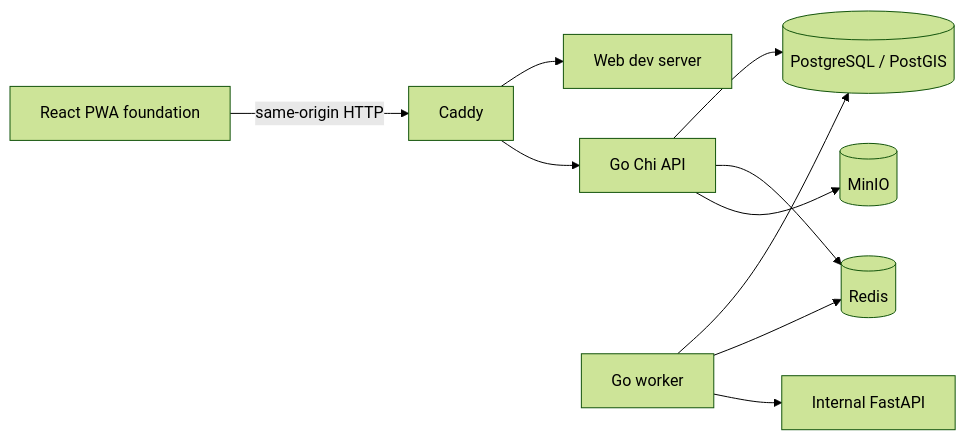
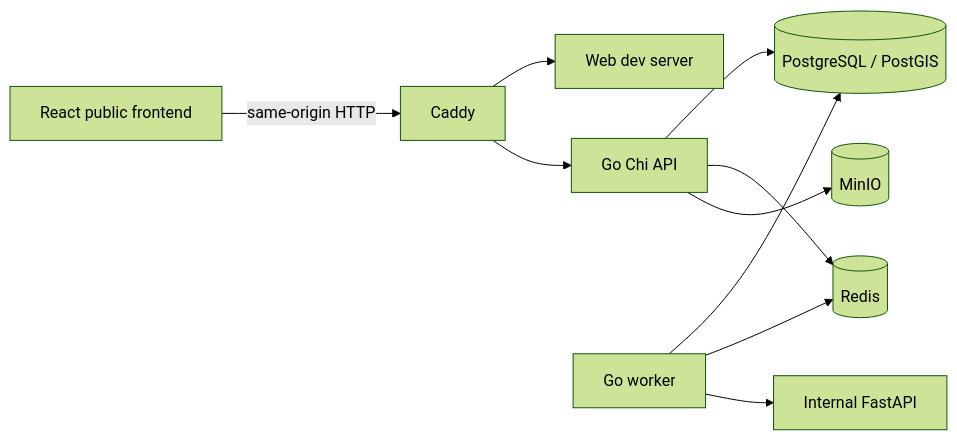
Before and after one commit to err0r4o4-dev/FloodWatch-Ongkharak: the diagram in docs/architecture/system-overview.md, drawn with Mermaid (forest theme). The commit also changed other lines of this file and 13 other files, not shown here.

Commit message:
feat: add React frontend application shell, feature pages, routing, and system architecture docs

````diff
--- a/docs/architecture/system-overview.md
+++ b/docs/architecture/system-overview.md
@@ -3,12 +3,12 @@
 ```mermaid
 flowchart LR
-  Browser[React PWA foundation] -->|same-origin HTTP| Caddy
+  Browser[React public frontend] -->|same-origin HTTP| Caddy
   Caddy --> Web[Web dev server]
   Caddy --> API[Go Chi API]
   Worker[Go worker] --> DB[(PostgreSQL / PostGIS)]
   API --> DB
   API --> Redis[(Redis)]
   Worker --> Redis
   API --> MinIO[(MinIO)]
   Worker --> AI[Internal FastAPI]
 ```
````
